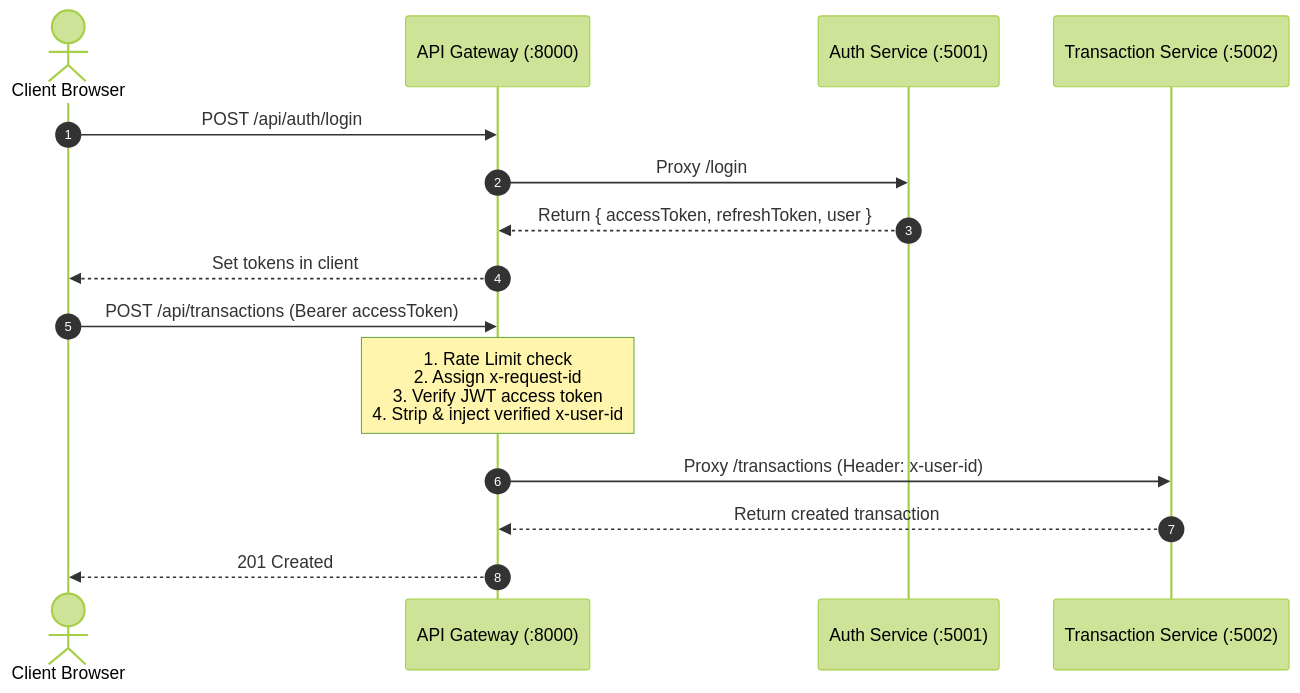
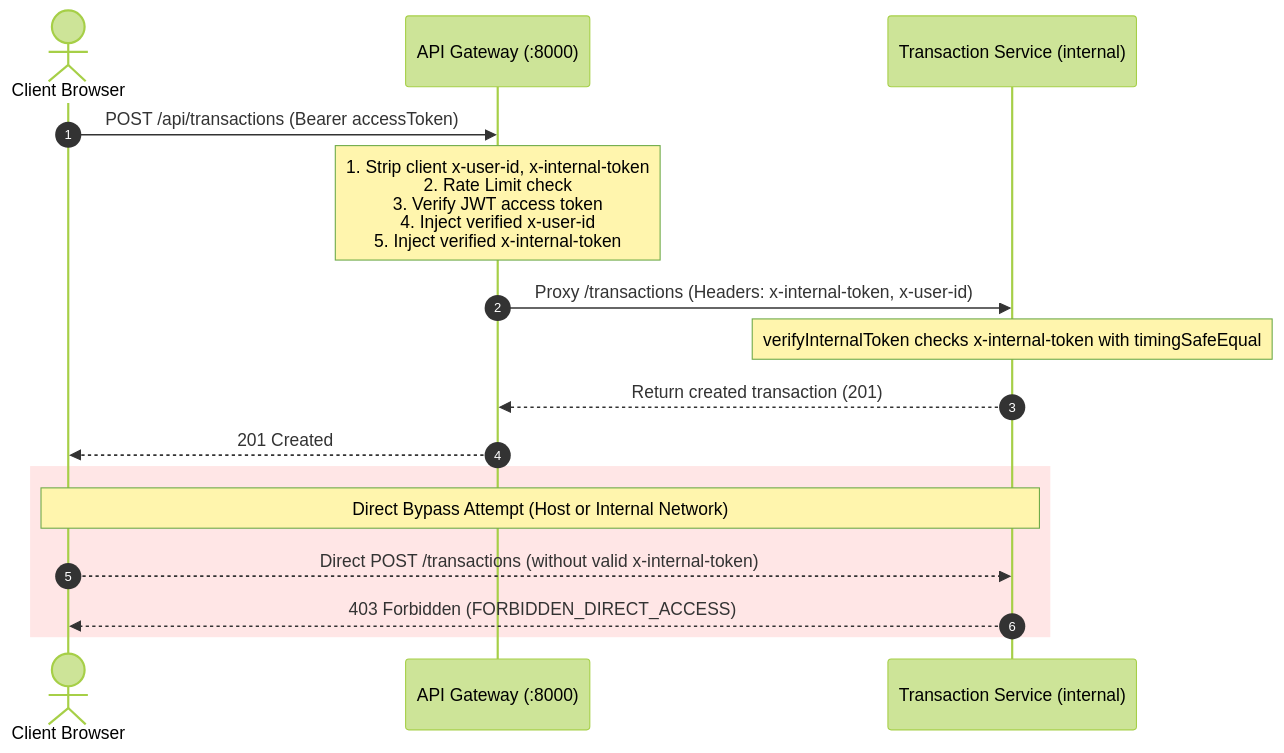
One commit to adityatiwari543/FinTrack changed the second of 4 diagrams in docs/architecture.md. Above: the diagram before and after it, drawn with Mermaid (forest theme). The commit also changed other lines of this file and 117 other files, not shown here.

````diff
--- a/docs/architecture.md
+++ b/docs/architecture.md
@@ -89,19 +109,20 @@
 ```mermaid
 sequenceDiagram
     autonumber
     actor User as Client Browser
     participant GW as API Gateway (:8000)
-    participant Auth as Auth Service (:5001)
-    participant Tx as Transaction Service (:5002)
-
-    User->>GW: POST /api/auth/login
-    GW->>Auth: Proxy /login
-    Auth-->>GW: Return { accessToken, refreshToken, user }
-    GW-->>User: Set tokens in client
+    participant Tx as Transaction Service (internal)
 
     User->>GW: POST /api/transactions (Bearer accessToken)
-    Note over GW: 1. Rate Limit check<br/>2. Assign x-request-id<br/>3. Verify JWT access token<br/>4. Strip & inject verified x-user-id
-    GW->>Tx: Proxy /transactions (Header: x-user-id)
-    Tx-->>GW: Return created transaction
+    Note over GW: 1. Strip client x-user-id, x-internal-token<br/>2. Rate Limit check<br/>3. Verify JWT access token<br/>4. Inject verified x-user-id<br/>5. Inject verified x-internal-token
+    GW->>Tx: Proxy /transactions (Headers: x-internal-token, x-user-id)
+    Note over Tx: verifyInternalToken checks x-internal-token with timingSafeEqual
+    Tx-->>GW: Return created transaction (201)
     GW-->>User: 201 Created
+
+    rect rgb(255, 230, 230)
+    Note over User,Tx: Direct Bypass Attempt (Host or Internal Network)
+    User-->>Tx: Direct POST /transactions (without valid x-internal-token)
+    Tx-->>User: 403 Forbidden (FORBIDDEN_DIRECT_ACCESS)
+    end
 ```
````
